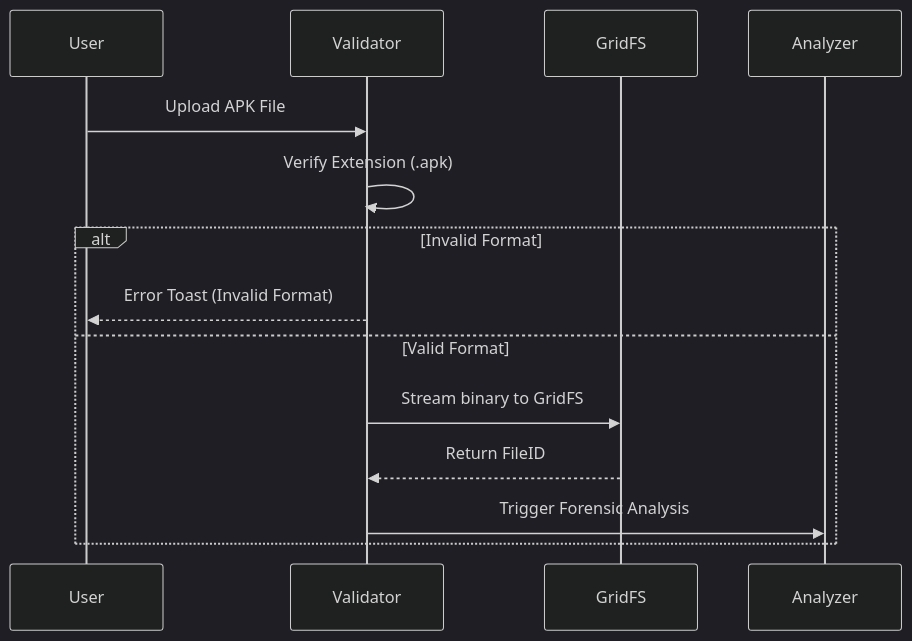
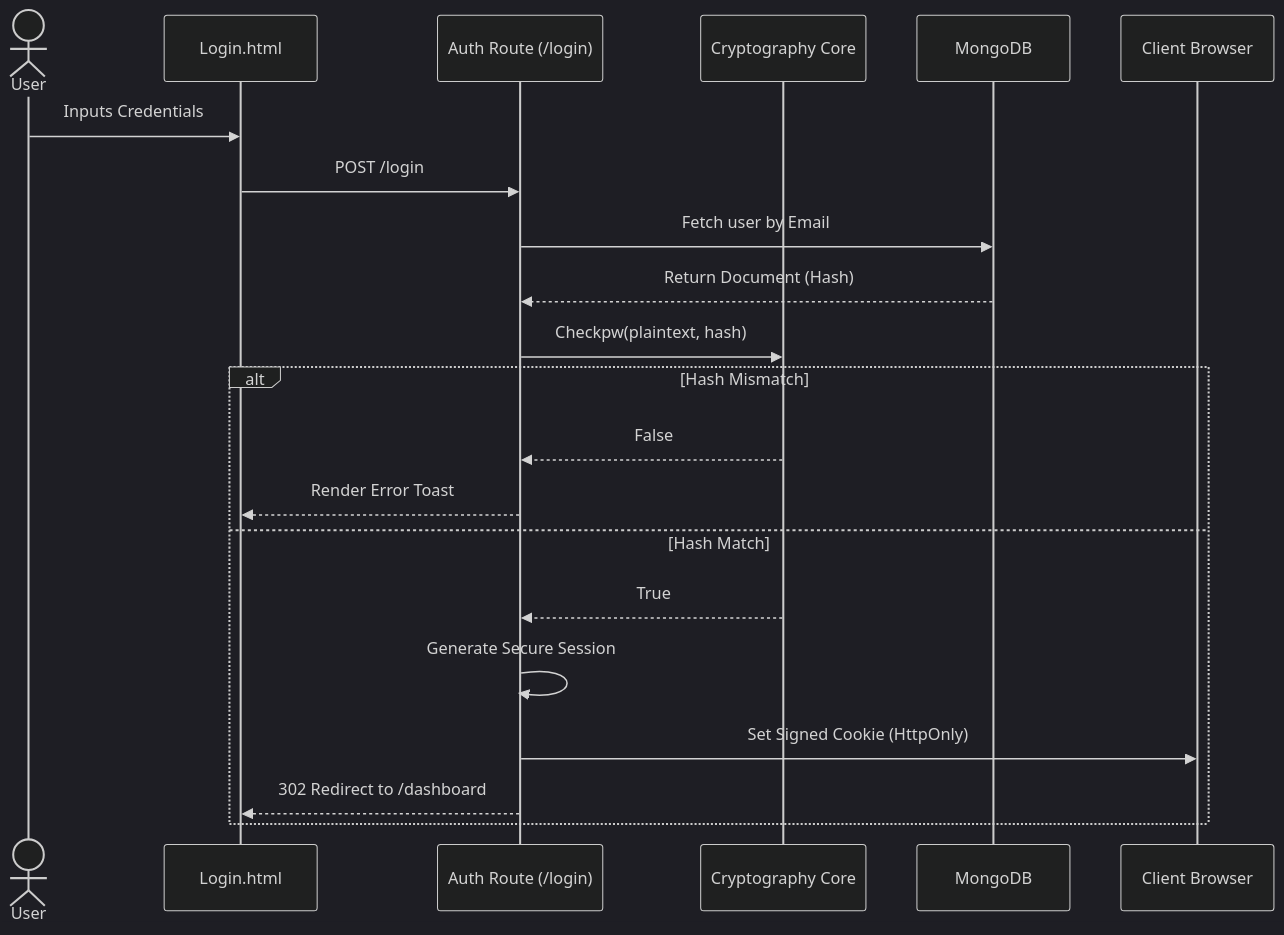
The fifth of 19 diagrams in README.md (BlueHeart-Saga/machine-learning), drawn with Mermaid (dark theme) before and after one commit. The commit also changed other lines of this file, not shown here.

Commit message:
Documentation: Massive Expansion with End-to-End Architectural Workflows and Master Guide

````diff
--- a/README.md
+++ b/README.md
@@ -37,17 +141,25 @@
 ```mermaid
 sequenceDiagram
-    participant U as User
-    participant V as Validator
-    participant G as GridFS
-    participant A as Analyzer
+    actor User
+    participant UI as Login.html
+    participant Flask as Auth Route (/login)
+    participant Bcrypt as Cryptography Core
+    participant DB as MongoDB
+    participant Cookie as Client Browser
 
-    U->>V: Upload APK File
-    V->>V: Verify Extension (.apk)
-    alt Invalid Format
-        V-->>U: Error Toast (Invalid Format)
-    else Valid Format
-        V->>G: Stream binary to GridFS
-        G-->>V: Return FileID
-        V->>A: Trigger Forensic Analysis
+    User->>UI: Inputs Credentials
+    UI->>Flask: POST /login
+    Flask->>DB: Fetch user by Email
+    DB-->>Flask: Return Document (Hash)
+    
+    Flask->>Bcrypt: Checkpw(plaintext, hash)
+    alt Hash Mismatch
+        Bcrypt-->>Flask: False
+        Flask-->>UI: Render Error Toast
+    else Hash Match
+        Bcrypt-->>Flask: True
+        Flask->>Flask: Generate Secure Session
+        Flask->>Cookie: Set Signed Cookie (HttpOnly)
+        Flask-->>UI: 302 Redirect to /dashboard
     end
 ```
````
